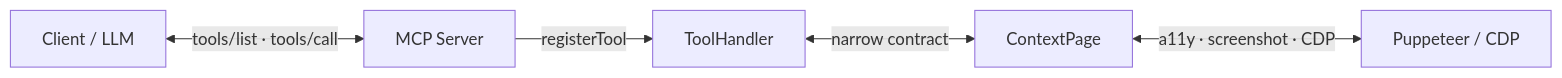
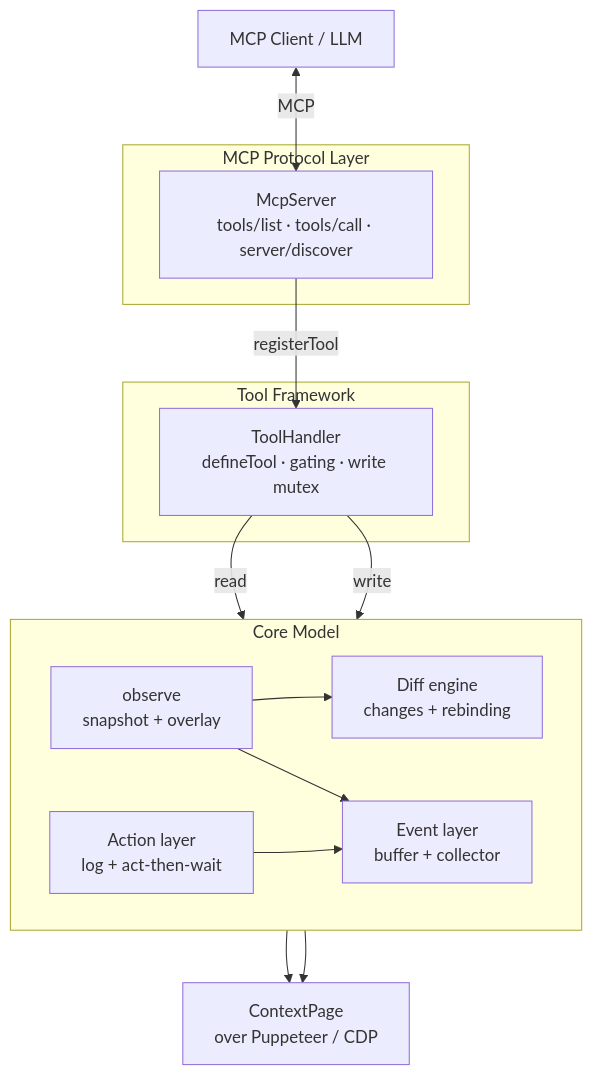
One commit to PremierStudio/BrowserAgent changed the first of 2 diagrams in README.md. Above: the diagram before and after it, drawn with Mermaid.

Commit message:
README: layered architecture diagram instead of flat bar
Replace the 5-node horizontal-chain flowchart with a top-to-bottom layered
diagram: MCP Client -> Protocol -> Tool Framework -> Core Model (observe,
diff, events, actions) -> ContextPage/Puppeteer, with labeled edges for
read/write flows. Renders as a real architecture diagram, not a bar.

````diff
--- a/README.md
+++ b/README.md
@@ -64,13 +64,32 @@
 ```mermaid
-flowchart LR
-    LLM[Client / LLM]
-    Server[MCP Server]
-    Handler[ToolHandler]
-    Page[ContextPage]
-    Browser[Puppeteer / CDP]
+flowchart TB
+    Client[MCP Client / LLM]
 
-    LLM <-->|tools/list · tools/call| Server
+    subgraph Protocol["MCP Protocol Layer"]
+        Server[McpServer<br/>tools/list · tools/call · server/discover]
+    end
+
+    subgraph Framework["Tool Framework"]
+        Handler[ToolHandler<br/>defineTool · gating · write mutex]
+    end
+
+    subgraph Core["Core Model"]
+        direction LR
+        Observe[observe<br/>snapshot + overlay]
+        Diff[Diff engine<br/>changes + rebinding]
+        Events[Event layer<br/>buffer + collector]
+        Actions[Action layer<br/>log + act-then-wait]
+    end
+
+    Browser[ContextPage<br/>over Puppeteer / CDP]
+
+    Client <-->|MCP| Server
     Server -->|registerTool| Handler
-    Handler <-->|narrow contract| Page
-    Page <-->|a11y · screenshot · CDP| Browser
+    Handler -->|read| Observe
+    Handler -->|write| Actions
+    Observe --> Diff
+    Observe --> Events
+    Actions --> Events
+    Observe --> Browser
+    Actions --> Browser
 ```
````
